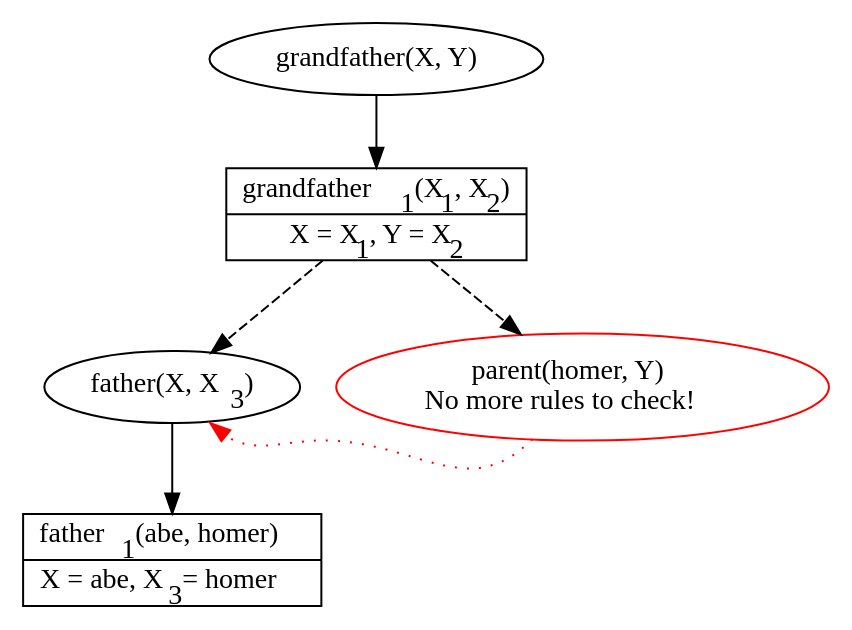
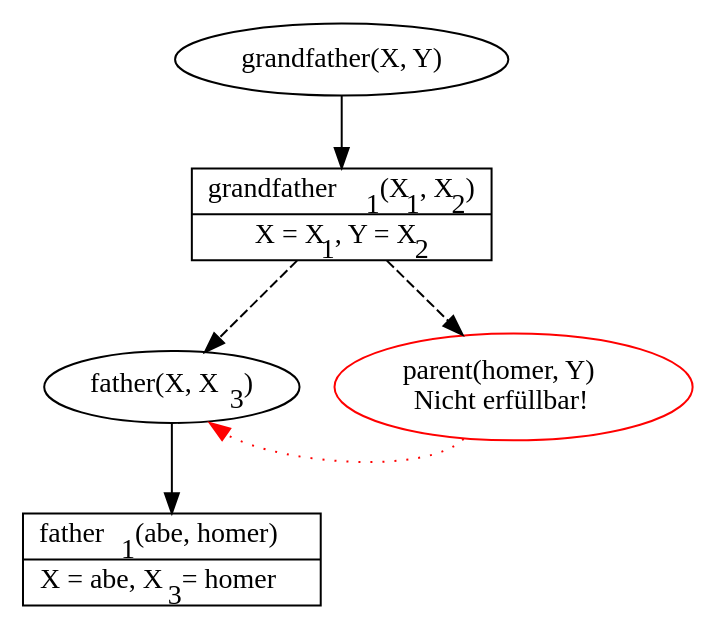
The diagram in Documentation/Pflichtenheft/image/visualisation/15_parent_backtrack.gv (pbrinkmeier/viper), drawn with Graphviz before and after one commit. The commit also changed 12 other files, not shown here.

```diff
--- a/Documentation/Pflichtenheft/image/visualisation/15_parent_backtrack.gv
+++ b/Documentation/Pflichtenheft/image/visualisation/15_parent_backtrack.gv
@@ -1,31 +1,31 @@
 digraph VIPER_visualization_root {
     node [fontname = "Fira Mono"];
 
     root [label = "grandfather(X, Y)"];
     root_success [
         // enables having multiple boxes inside a node
         shape = record,
         // using < and > instead of quotes for delimiting a label makes it possible to use (a subset of) HTML in it
         // { A | B } makes A and B be in two separate boxes stacked on top of each other
         label = <{grandfather<sub>1</sub>(X<sub>1</sub>, X<sub>2</sub>)|X = X<sub>1</sub>, Y = X<sub>2</sub>}>
     ];
     subgoal1 [label = <father(X, X<sub>3</sub>)>];
-    subgoal2 [label = <parent(homer, Y)<br />No more rules to check!>, color = red];
+    subgoal2 [label = <parent(homer, Y)<br />Nicht erfüllbar!>, color = red];
     subgoal1_success [
         shape = record,
         label = <{father<sub>1</sub>(abe, homer)|X = abe, X<sub>3</sub> = homer}>
     ];
 
     // this ensures that subgoal1 is always left of subgoal2
     // and that they are always on the same level
     // try commenting the rank = same line and see what happens
     {rank = same; subgoal1; subgoal2}
     subgoal1 -> subgoal2 [style = invis];
 
     root -> root_success;
     root_success -> subgoal1 [style = dashed];
     root_success -> subgoal2 [style = dashed];
     subgoal1 -> subgoal1_success;
     // sw ("south west") and se ("south east") are the ports that this edge should connect to
     subgoal2:sw -> subgoal1:se [color = red, style = dotted];
 }
```
